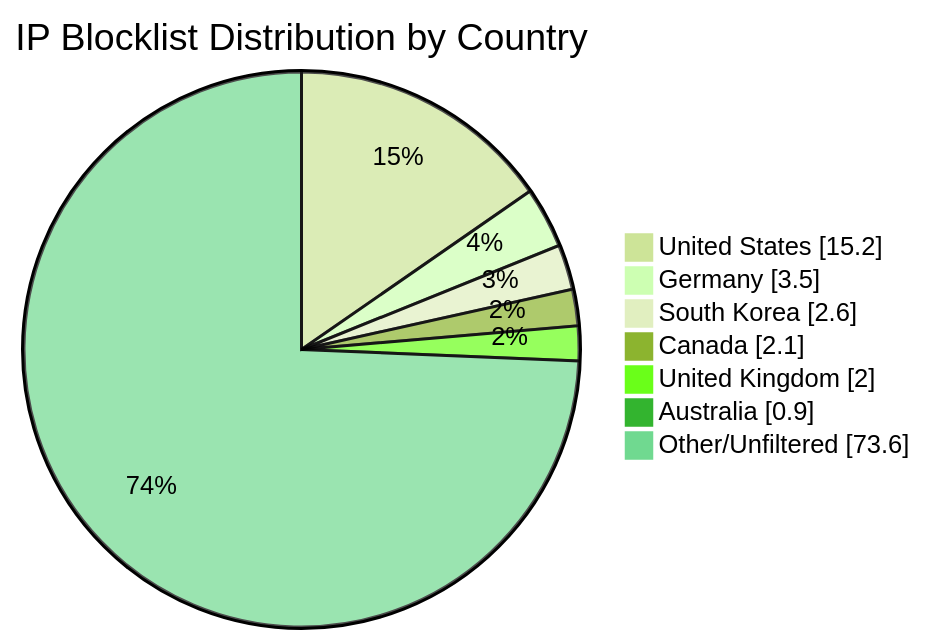
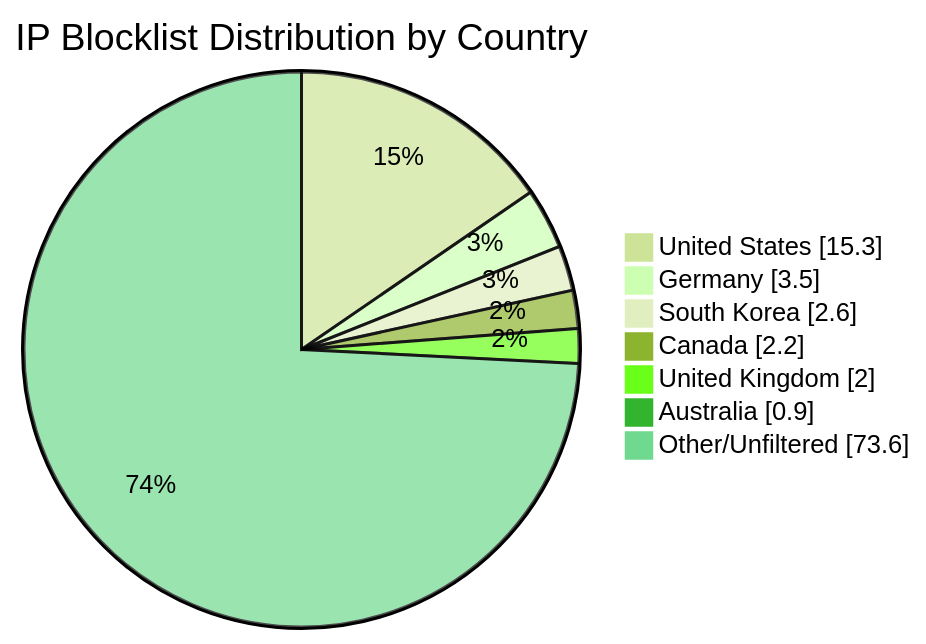
The diagram in README.md (MarcusHoltz/ipblocklist-geofiltered-aggregator), drawn with Mermaid (forest theme) before and after one commit. The commit also changed other lines of this file and 9 other files, not shown here.

````diff
--- a/README.md
+++ b/README.md
@@ -34,10 +34,10 @@
 ```mermaid
 pie showData title IP Blocklist Distribution by Country
-"United States" : 15.2
+"United States" : 15.3
 "Germany" : 3.5
 "South Korea" : 2.6
-"Canada" : 2.1
+"Canada" : 2.2
 "United Kingdom" : 2.0
 "Australia" : 0.9
 "Other/Unfiltered" : 73.6
 ```
````
